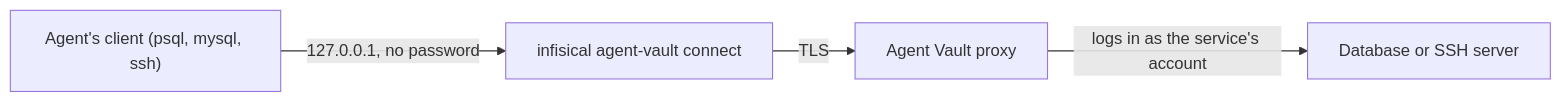
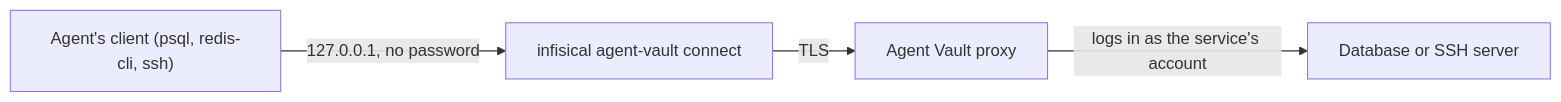
Before and after one commit to Infisical/infisical: the diagram in docs/documentation/platform/agent-vault/databases-and-ssh.mdx, drawn with Mermaid. The commit also changed other lines of this file and 4 other files, not shown here.

Commit message:
docs(agent-vault): document Redis, CockroachDB and ClickHouse services

````diff
--- a/docs/documentation/platform/agent-vault/databases-and-ssh.mdx
+++ b/docs/documentation/platform/agent-vault/databases-and-ssh.mdx
@@ -10,6 +10,6 @@
 ```mermaid
 flowchart LR
-  A["Agent's client (psql, mysql, ssh)"] -->|"127.0.0.1, no password"| C["infisical agent-vault connect"]
+  A["Agent's client (psql, redis-cli, ssh)"] -->|"127.0.0.1, no password"| C["infisical agent-vault connect"]
   C -->|"TLS"| P["Agent Vault proxy"]
   P -->|"logs in as the service's account"| S["Database or SSH server"]
 ```
````
